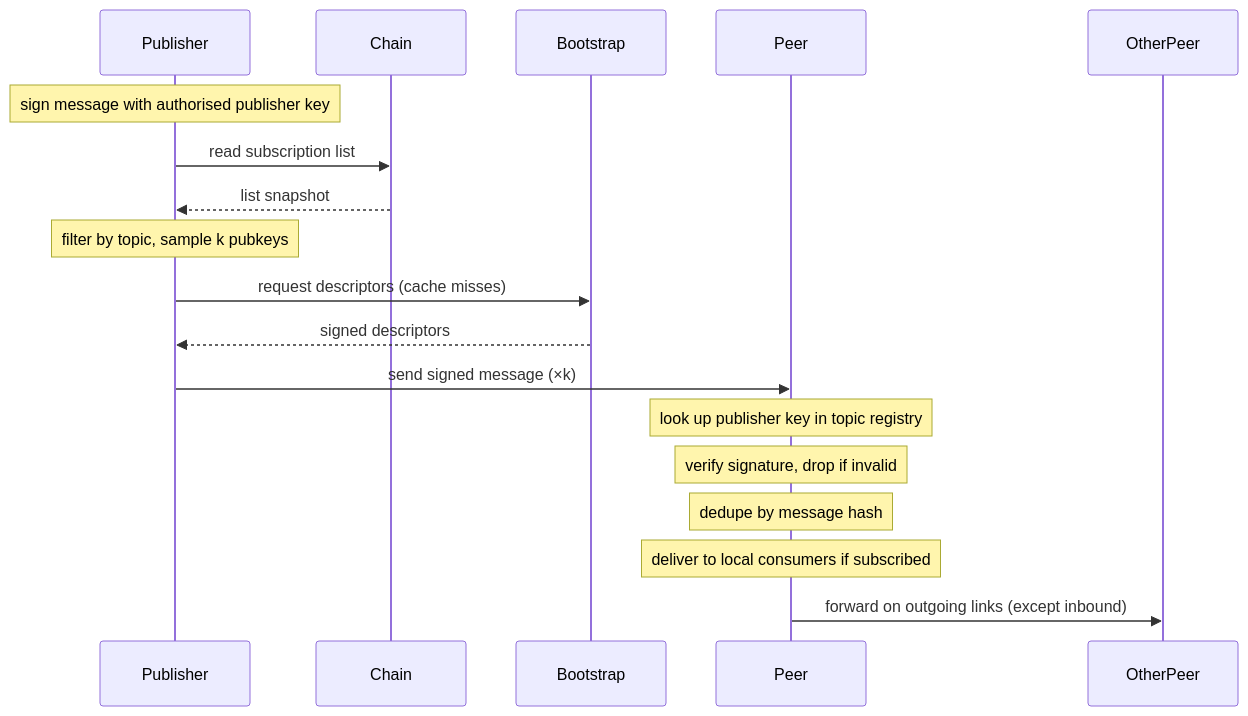
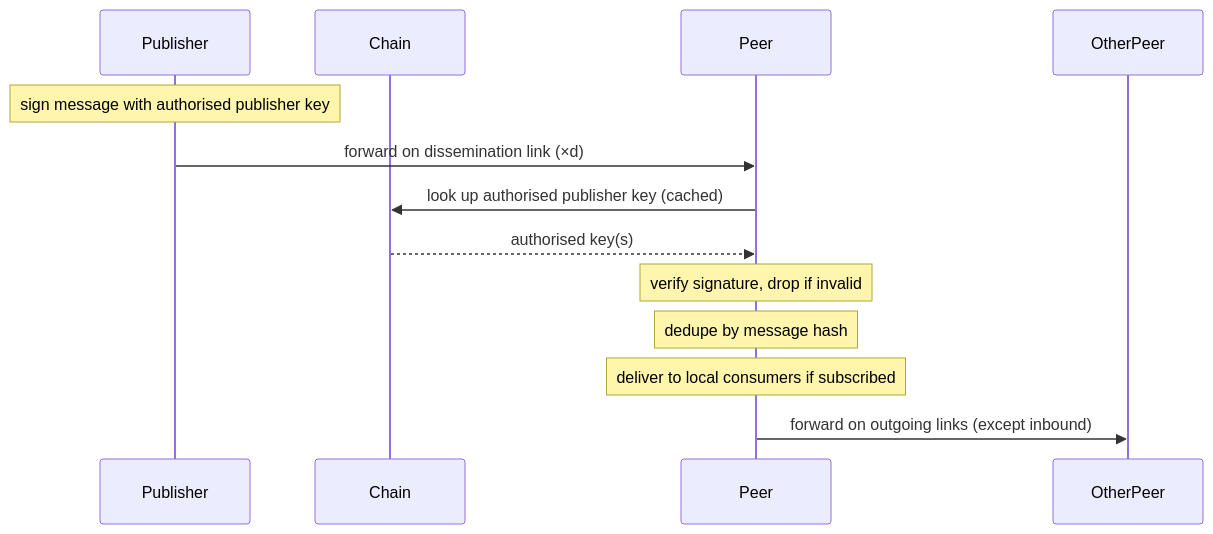
Before and after one commit to input-output-hk/pubsub: the diagram in docs/node-lifecycle/publishing.md, drawn with Mermaid. The commit also changed other lines of this file and 4 other files, not shown here.

````diff
--- a/docs/node-lifecycle/publishing.md
+++ b/docs/node-lifecycle/publishing.md
@@ -23,22 +23,17 @@
 ```mermaid
 sequenceDiagram
     participant Publisher
     participant Chain
-    participant Bootstrap
     participant Peer
     participant OtherPeer
 
     Note over Publisher: sign message with authorised publisher key
-    Publisher->>Chain: read subscription list
-    Chain-->>Publisher: list snapshot
-    Note over Publisher: filter by topic, sample k pubkeys
-    Publisher->>Bootstrap: request descriptors (cache misses)
-    Bootstrap-->>Publisher: signed descriptors
-    Publisher->>Peer: send signed message (×k)
+    Publisher->>Peer: forward on dissemination link (×d)
 
-    Note over Peer: look up publisher key in topic registry
+    Peer->>Chain: look up authorised publisher key (cached)
+    Chain-->>Peer: authorised key(s)
     Note over Peer: verify signature, drop if invalid
     Note over Peer: dedupe by message hash
     Note over Peer: deliver to local consumers if subscribed
     Peer->>OtherPeer: forward on outgoing links (except inbound)
 ```
````
